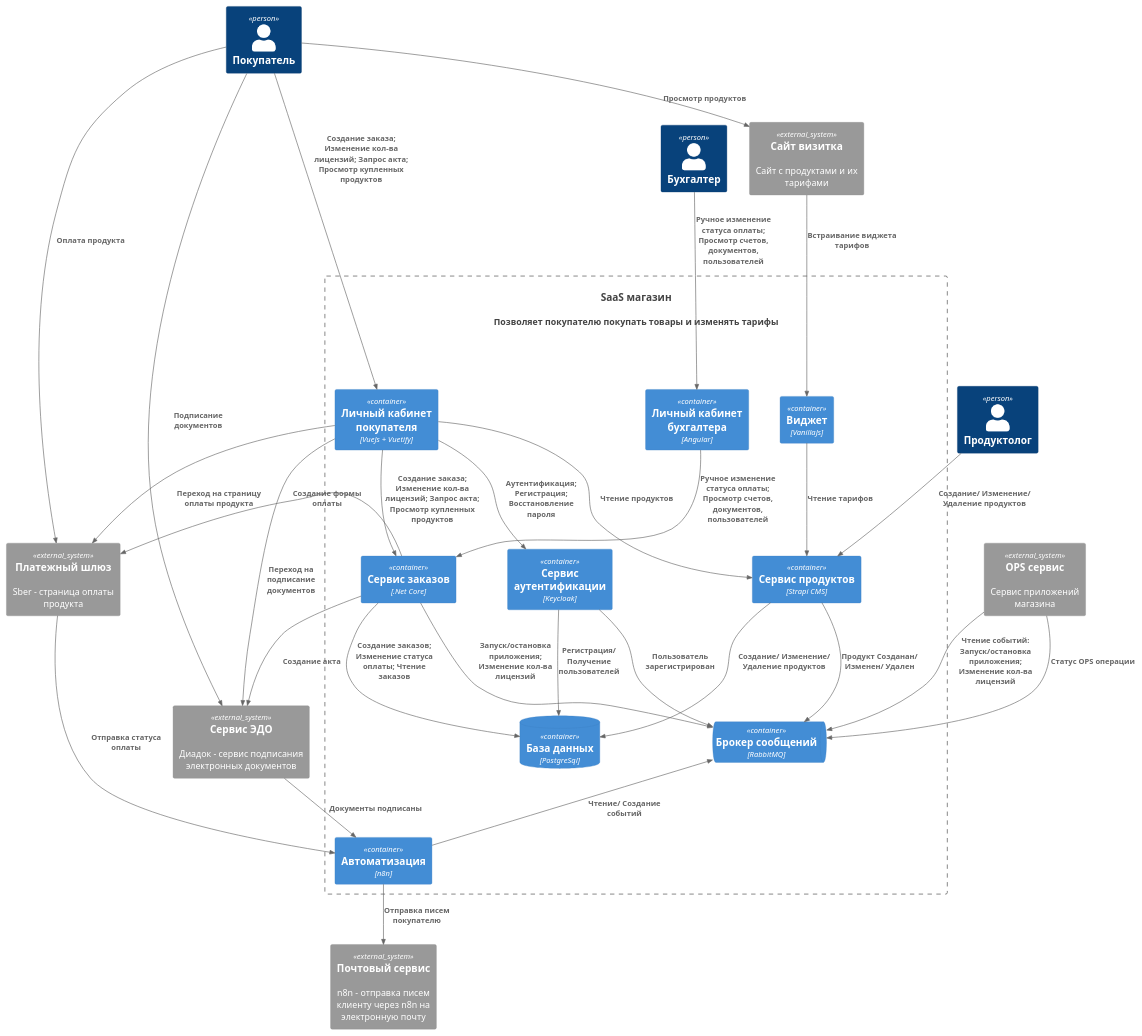
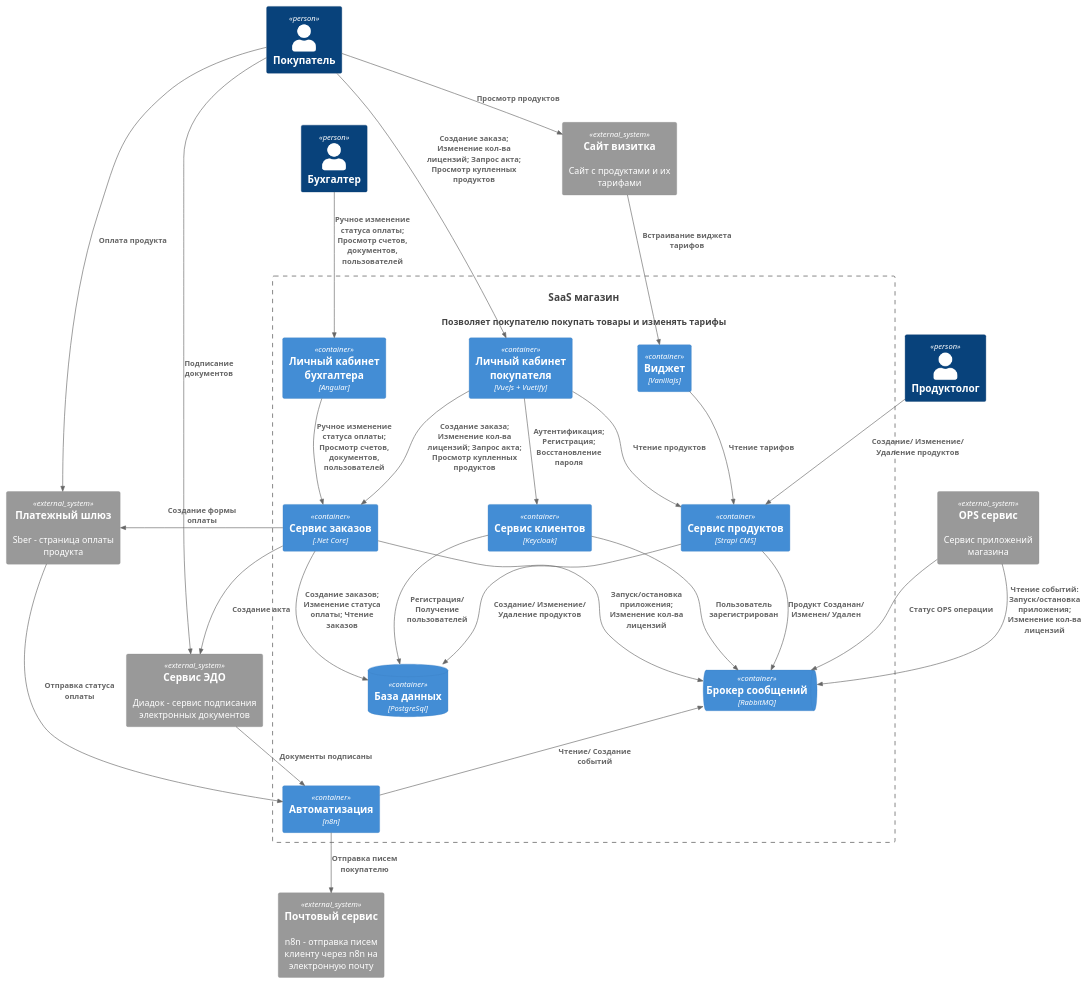
The diagram in docs/c4/2.container-v3.puml (kelvionald/saas-shop), drawn with PlantUML before and after one commit. The commit also changed 1 other file, not shown here.

```diff
--- a/docs/c4/2.container-v3.puml
+++ b/docs/c4/2.container-v3.puml
@@ -1,69 +1,67 @@
 @startuml
 !include https://raw.githubusercontent.com/plantuml-stdlib/C4-PlantUML/master/C4_Container.puml
 
 Person(user_customer, "Покупатель")
 Person(user_accountant, "Бухгалтер")
 Person(user_programmer, "Продуктолог")
 
 System(system_shop, "SaaS магазин", "Позволяет покупателю покупать товары и изменять тарифы")
 
 System_Ext(system_email, "Почтовый сервис", "n8n - отправка писем клиенту через n8n на электронную почту")
 System_Ext(system_bank, "Платежный шлюз", "Sber - страница оплаты продукта")
 System_Ext(system_docs, "Сервис ЭДО", "Диадок - сервис подписания электронных документов")
 System_Ext(system_ops, "OPS сервис", "Сервис приложений магазина")
 System_Ext(system_site, "Сайт визитка", "Сайт с продуктами и их тарифами")
 
 System_Boundary(system_shop, "SaaS магазин") {
     ContainerQueue(system_queue, "Брокер сообщений", "RabbitMQ")
     Container(system_flow, "Автоматизация", "n8n")
 
     Container(system_admin, "Сервис продуктов", "Strapi CMS")
-    Container(system_sign, "Сервис аутентификации", "Keycloak")
+    Container(system_sign, "Сервис клиентов", "Keycloak")
     Container(system_billing, "Сервис заказов", ".Net Core")
     
     Container(system_account_front, "Личный кабинет покупателя", "VueJs + Vuetify")
     Container(container_widget, "Виджет", "VanillaJs")
     Container(container_accountant_admin, "Личный кабинет бухгалтера", "Angular")
     
     ContainerDb(container_db, "База данных", "PostgreSql")
 }
 
 Rel(system_site, container_widget, "Встраивание виджета тарифов")
 Rel(container_widget, system_admin, "Чтение тарифов")
 
 Rel(user_accountant, container_accountant_admin, "Ручное изменение статуса оплаты; Просмотр счетов, документов, пользователей")
 Rel(container_accountant_admin, system_billing, "Ручное изменение статуса оплаты; Просмотр счетов, документов, пользователей")
 
 Rel(user_programmer, system_admin, "Создание/ Изменение/ Удаление продуктов")
 
 Rel(system_admin, container_db, "Создание/ Изменение/ Удаление продуктов")
 Rel(system_sign, container_db, "Регистрация/ Получение пользователей")
 Rel(system_billing, container_db, "Создание заказов; Изменение статуса оплаты; Чтение заказов")
 
 Rel(system_account_front, system_admin, "Чтение продуктов")
 Rel(system_account_front, system_billing, "Создание заказа; Изменение кол-ва лицензий; Запрос акта; Просмотр купленных продуктов")
 Rel(user_customer, system_account_front, "Создание заказа; Изменение кол-ва лицензий; Запрос акта; Просмотр купленных продуктов")
 Rel(user_customer, system_site, "Просмотр продуктов")
 Rel(system_account_front, system_sign, "Аутентификация; Регистрация; Восстановление пароля")
 
 Rel(user_customer, system_bank, "Оплата продукта")
 Rel(user_customer, system_docs, "Подписание документов")
-Rel(system_account_front, system_bank, "Переход на страницу оплаты продукта")
 Rel_L(system_billing, system_bank, "Создание формы оплаты")
 Rel(system_bank, system_flow, "Отправка статуса оплаты")
 
 Rel(system_flow, system_email, "Отправка писем покупателю")
 
-Rel(system_account_front, system_docs, "Переход на подписание документов")
 Rel(system_billing, system_docs, "Создание акта")
 
 Rel_U(system_flow, system_queue, "Чтение/ Создание событий")
 Rel(system_admin, system_queue, "Продукт Созданан/ Изменен/ Удален")
 Rel(system_sign, system_queue, "Пользователь зарегистрирован")
 Rel(system_billing, system_queue, "Запуск/остановка приложения; Изменение кол-ва лицензий")
 Rel(system_ops, system_queue, "Статус OPS операции")
 Rel(system_ops, system_queue, "Чтение событий: Запуск/остановка приложения; Изменение кол-ва лицензий")
 
 Rel(system_docs, system_flow, "Документы подписаны")
 
 @enduml
```
